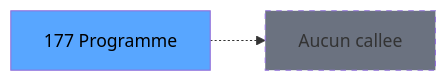
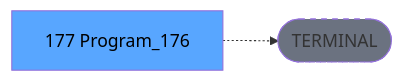
The third of 3 diagrams in .openspec/renders/ADH-IDE-177.md (thonyAGP/lecteur-magic), drawn with Mermaid before and after one commit. The commit also changed other lines of this file and 701 other files, not shown here.

````diff
--- a/.openspec/renders/ADH-IDE-177.md
+++ b/.openspec/renders/ADH-IDE-177.md
@@ -120,8 +134,8 @@
 ```mermaid
 graph LR
-    T[177 Programme]
-    NONE[Aucun callee]
-    T -.-> NONE
+    T[177 Program_176]
+    TERM([TERMINAL])
+    T -.-> TERM
+    style TERM fill:#6b7280,stroke-dasharray: 5 5
     style T fill:#58a6ff,color:#000
-    style NONE fill:#6b7280,stroke-dasharray: 5 5
 ```
````
